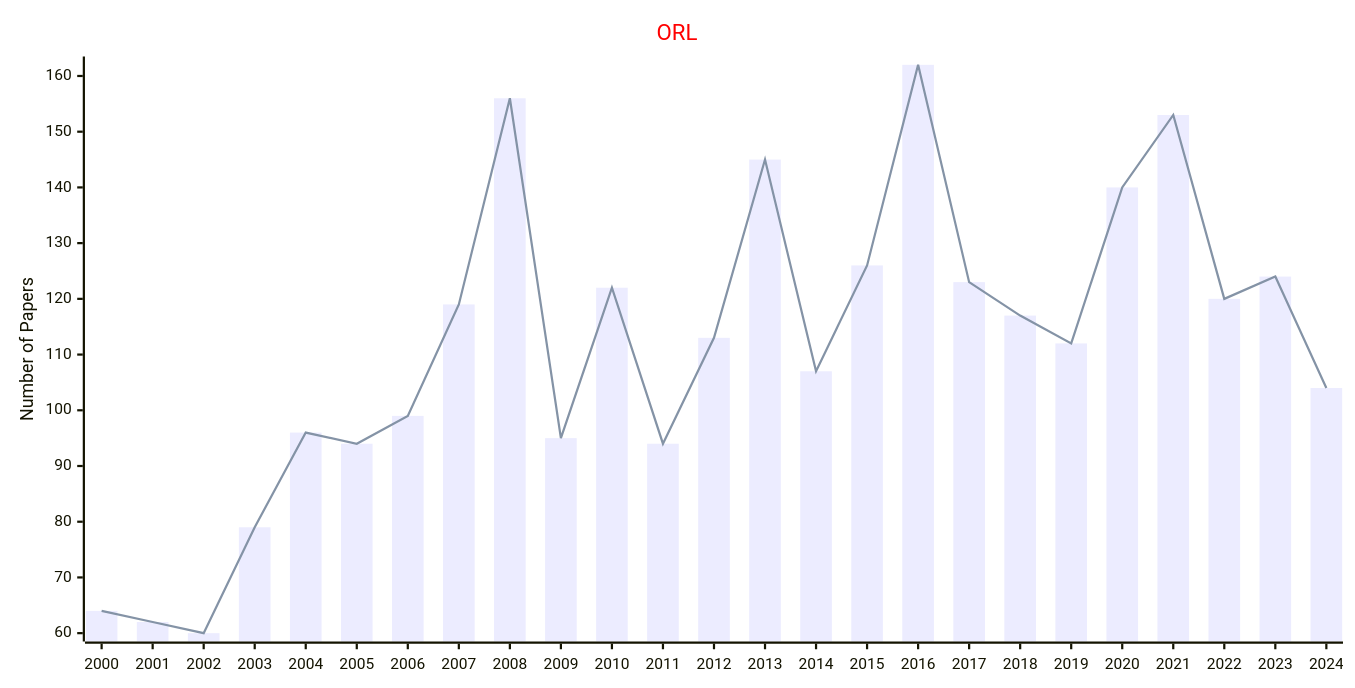
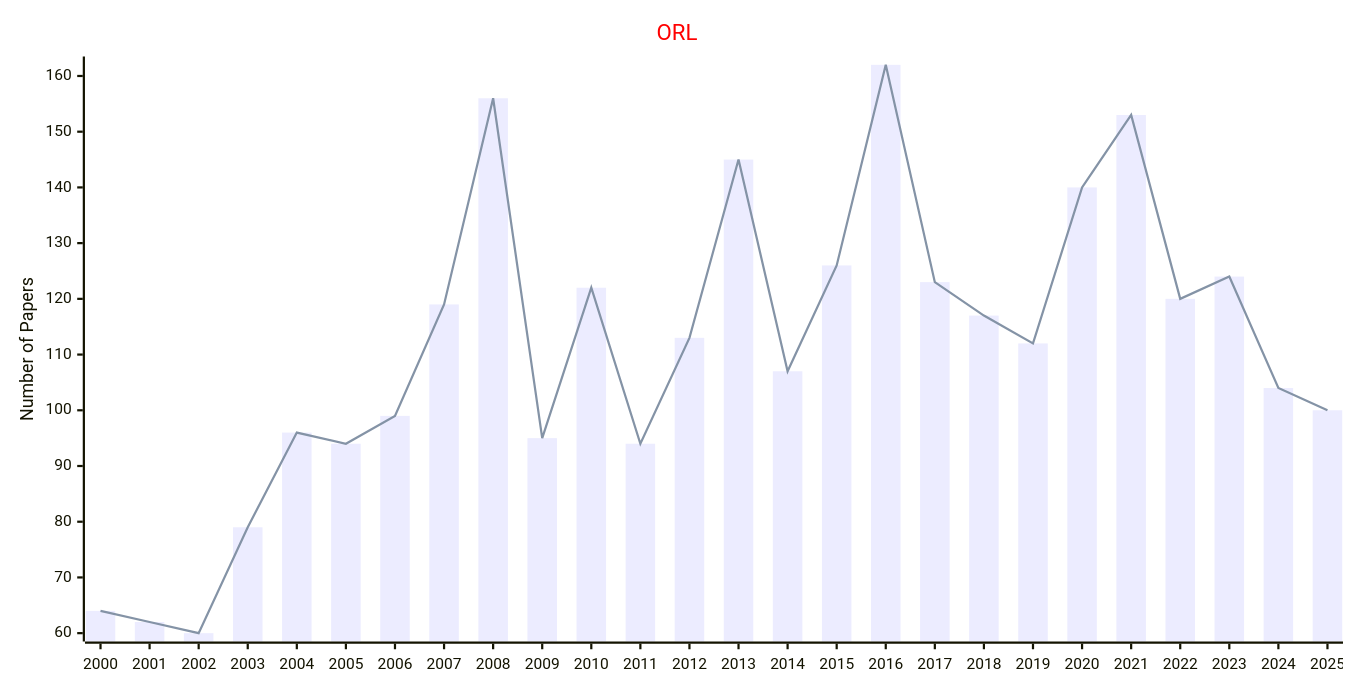
The first of 6 diagrams in docs/data/Journals/Statistics_Journals/Operations.md (Easy-PhD/AILinks), drawn with Mermaid before and after one commit. The commit also changed other lines of this file and 107 other files, not shown here.

````diff
--- a/docs/data/Journals/Statistics_Journals/Operations.md
+++ b/docs/data/Journals/Statistics_Journals/Operations.md
@@ -9,17 +9,17 @@
 ```mermaid
 ---
 config:
     xyChart:
         width: 1200
         height: 600
     themeVariables:
         xyChart:
             titleColor: "#ff0000"
 ---
 xychart-beta
     title "ORL"
-    x-axis [2000, 2001, 2002, 2003, 2004, 2005, 2006, 2007, 2008, 2009, 2010, 2011, 2012, 2013, 2014, 2015, 2016, 2017, 2018, 2019, 2020, 2021, 2022, 2023, 2024]
+    x-axis [2000, 2001, 2002, 2003, 2004, 2005, 2006, 2007, 2008, 2009, 2010, 2011, 2012, 2013, 2014, 2015, 2016, 2017, 2018, 2019, 2020, 2021, 2022, 2023, 2024, 2025]
     y-axis "Number of Papers"
-    bar [64, 62, 60, 79, 96, 94, 99, 119, 156, 95, 122, 94, 113, 145, 107, 126, 162, 123, 117, 112, 140, 153, 120, 124, 104]
-    line [64, 62, 60, 79, 96, 94, 99, 119, 156, 95, 122, 94, 113, 145, 107, 126, 162, 123, 117, 112, 140, 153, 120, 124, 104]
+    bar [64, 62, 60, 79, 96, 94, 99, 119, 156, 95, 122, 94, 113, 145, 107, 126, 162, 123, 117, 112, 140, 153, 120, 124, 104, 100]
+    line [64, 62, 60, 79, 96, 94, 99, 119, 156, 95, 122, 94, 113, 145, 107, 126, 162, 123, 117, 112, 140, 153, 120, 124, 104, 100]
 ```
````
